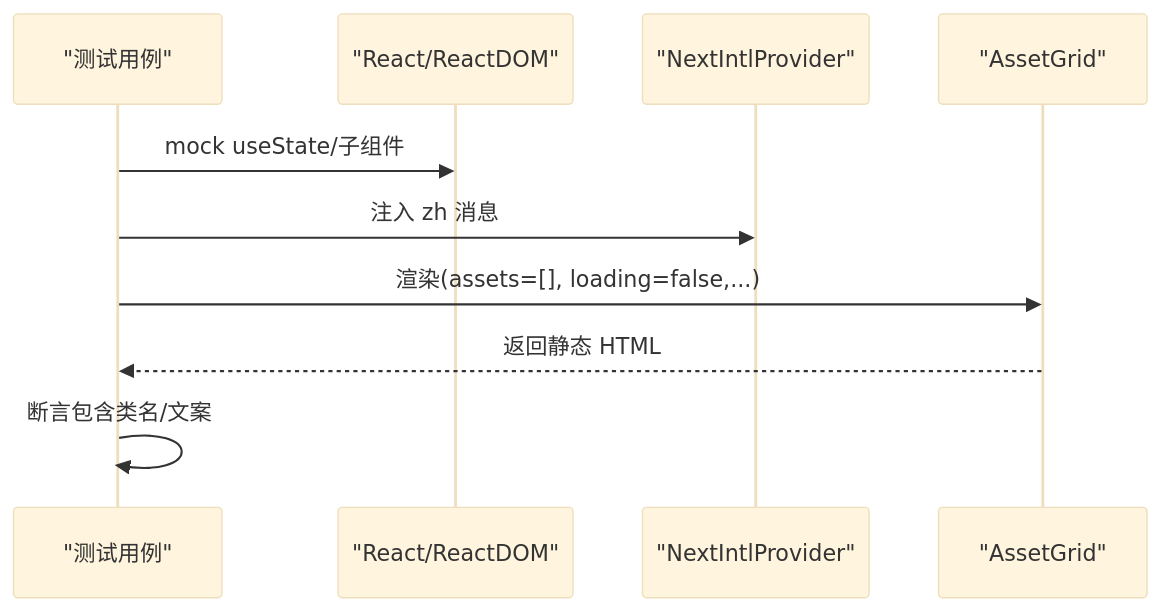
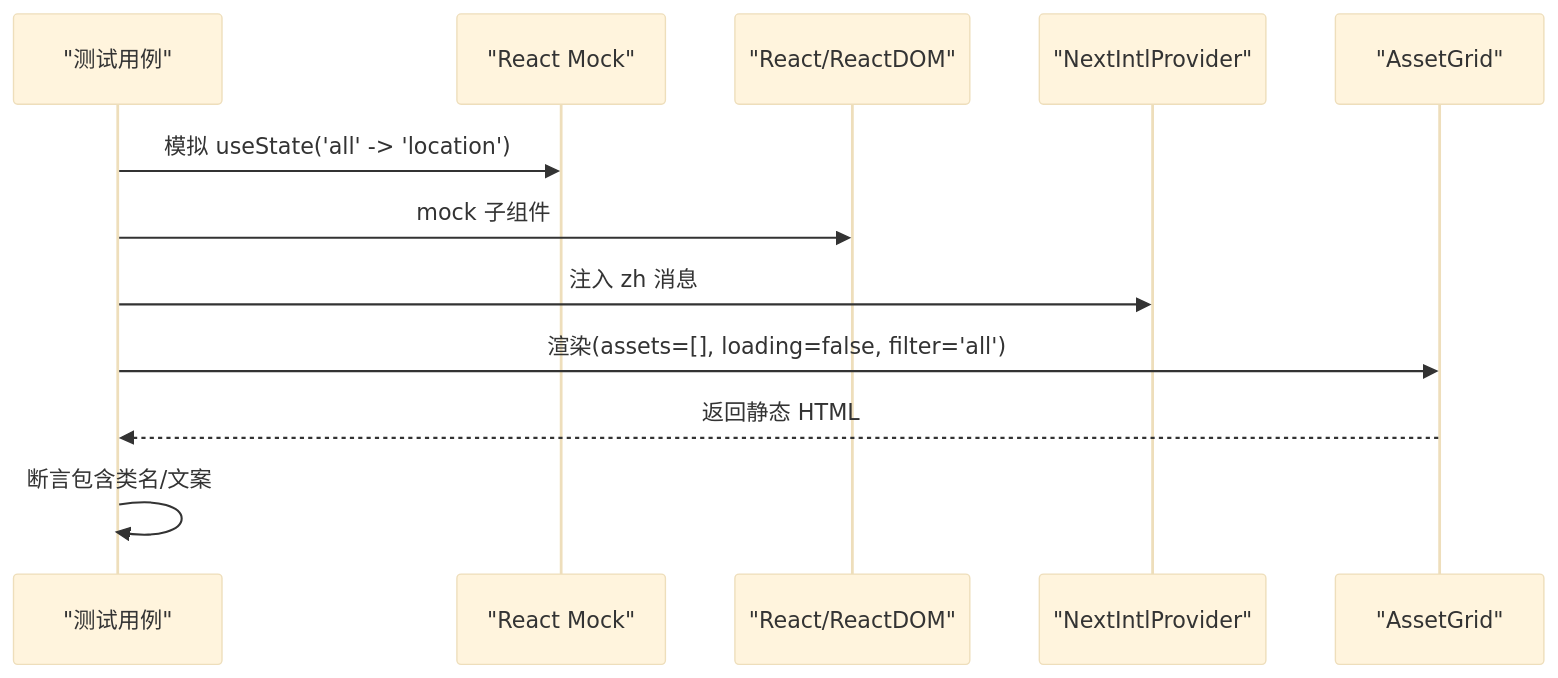
The third of 7 diagrams in .qoder/repowiki/zh/content/测试策略/单元测试/单元测试.md (lyl2021/waoowaoo), drawn with Mermaid (base theme) before and after one commit. The commit also changed other lines of this file and 41 other files, not shown here.

````diff
--- a/.qoder/repowiki/zh/content/测试策略/单元测试/单元测试.md
+++ b/.qoder/repowiki/zh/content/测试策略/单元测试/单元测试.md
@@ -157,12 +156,14 @@
 ```mermaid
 sequenceDiagram
 participant Test as "测试用例"
+participant MockReact as "React Mock"
 participant RG as "React/ReactDOM"
 participant Intl as "NextIntlProvider"
 participant Grid as "AssetGrid"
-Test->>RG : mock useState/子组件
+Test->>MockReact : 模拟 useState('all' -> 'location')
+Test->>RG : mock 子组件
 Test->>Intl : 注入 zh 消息
-Test->>Grid : 渲染(assets=[], loading=false,...)
+Test->>Grid : 渲染(assets=[], loading=false, filter='all')
 Grid-->>Test : 返回静态 HTML
 Test->>Test : 断言包含类名/文案
 ```
````
